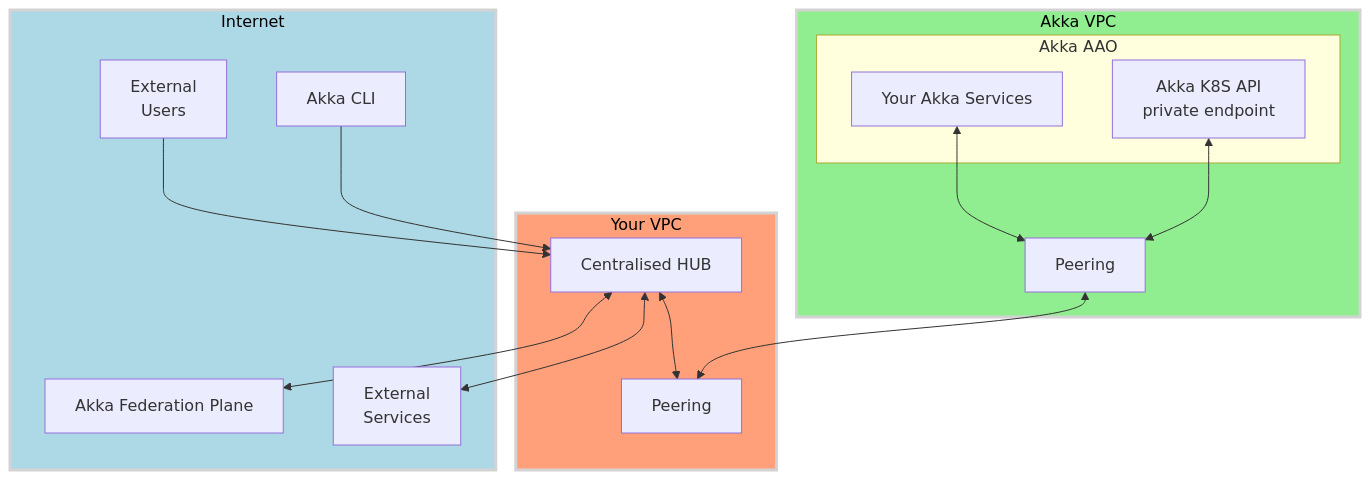
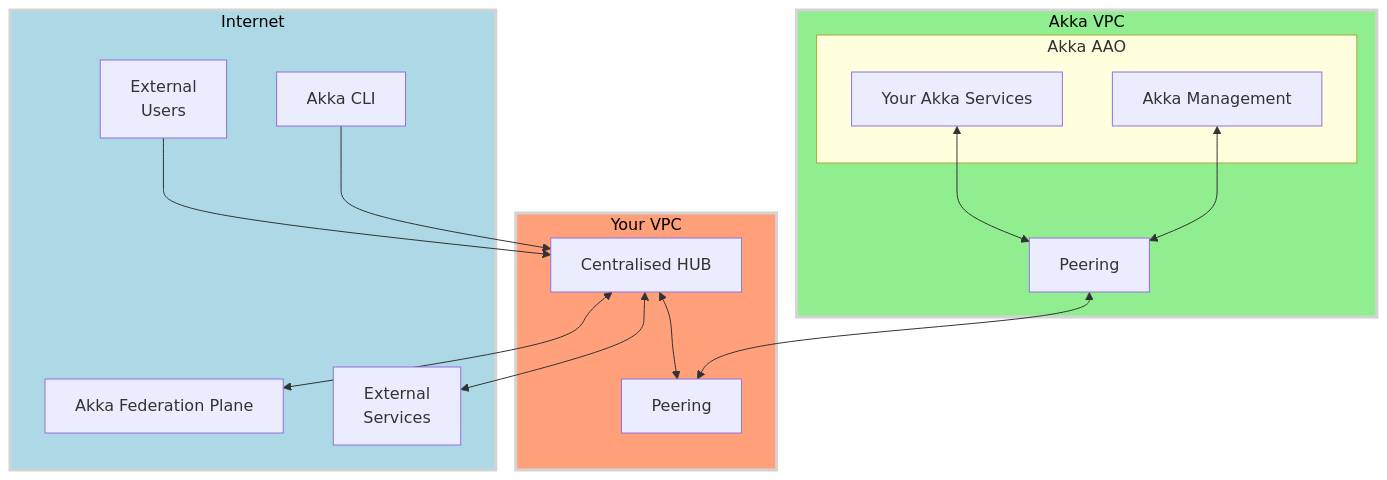
The third of 3 diagrams in hub-and-spoke.md (aklikic/aao), drawn with Mermaid before and after one commit. The commit also changed other lines of this file, not shown here.

Commit message:
Renamed K8S API to Akka management

````diff
--- a/hub-and-spoke.md
+++ b/hub-and-spoke.md
@@ -155,44 +150,44 @@
 ```mermaid
 ---
 config:
   theme: mc
   look: classic
 ---
 graph TB
 
     subgraph CUSTOMER_VPC[Your VPC]
         CUST_PEERING[Peering]
         HUB[Centralised HUB]
     end
 
     subgraph INT[Internet]
         AKKA_FED_PLAN[Akka Federation Plane]
         INT_SRVS[External<br>Services]
         USER[External<br>Users]
         ADMIN[Akka CLI]
     end
 
     subgraph AKKA_VPC[Akka VPC]
         subgraph AAO[Akka AAO]
             SRVS[Your Akka Services]
-            K8S_API[Akka K8S API <br> private endpoint]
+            AKKA_MGMT[Akka Management]
         end
         AKKA_PEERING[Peering]
     end
 
-    K8S_API <-->  AKKA_PEERING
+    AKKA_MGMT <-->  AKKA_PEERING
     HUB <--> AKKA_FED_PLAN
     HUB <--> INT_SRVS
 
     SRVS <--> AKKA_PEERING
     AKKA_PEERING <--> CUST_PEERING
 
     ADMIN --> HUB
 
     USER --> HUB
     HUB <--> CUST_PEERING
 
     style INT fill:lightblue,stroke:lightgray,stroke-width:3px,color:black
     style AKKA_VPC fill:lightgreen,stroke:lightgray,stroke-width:3px,color:black
     style CUSTOMER_VPC fill:lightsalmon,stroke:lightgray,stroke-width:3px,color:black
 ```
````
